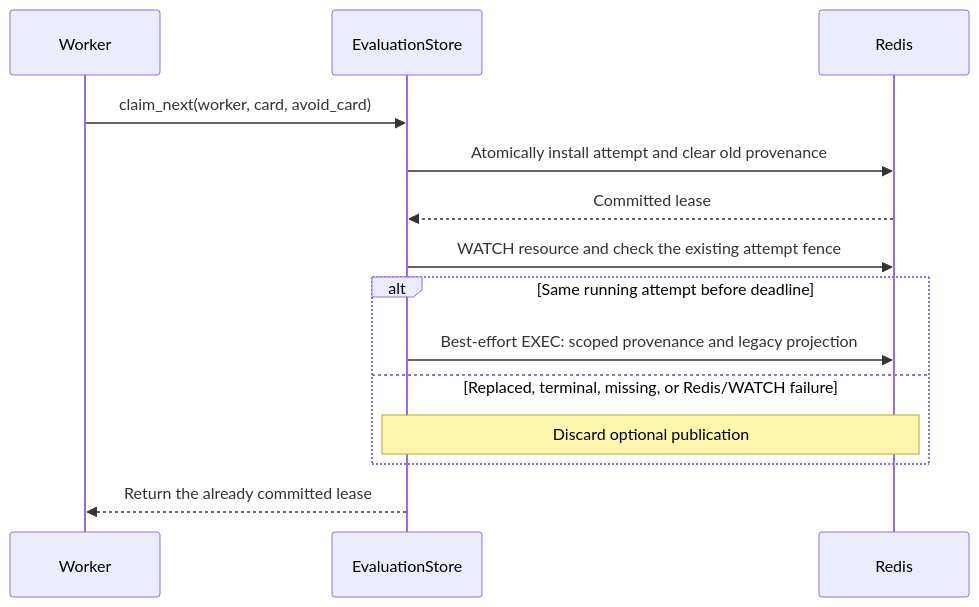
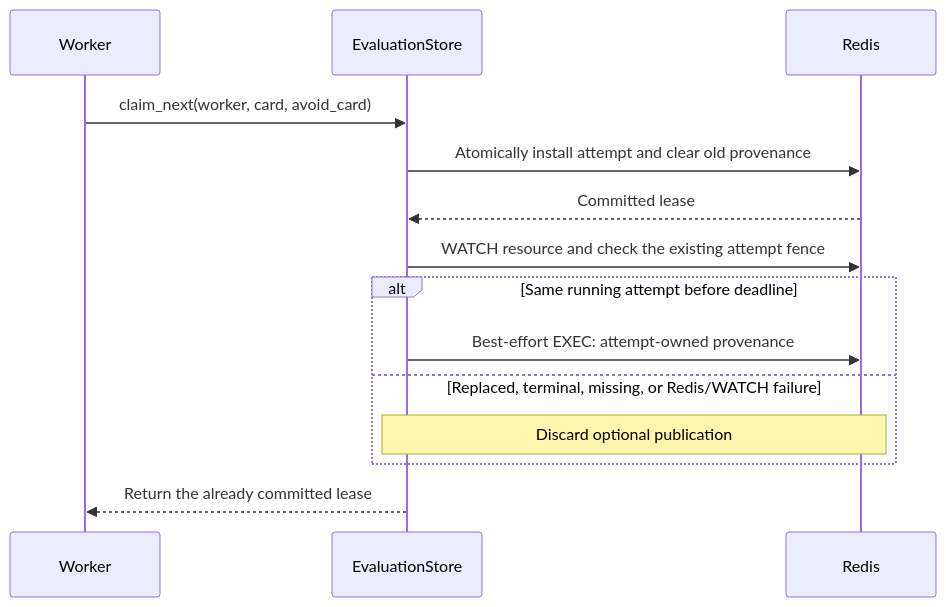
One commit to CARI-DAAL/triton-op-evaluation changed the diagram in docs/architecture/attempt-card-provenance.md. Above: the diagram before and after it, drawn with Mermaid. The commit also changed other lines of this file and 152 other files, not shown here.

````diff
--- a/docs/architecture/attempt-card-provenance.md
+++ b/docs/architecture/attempt-card-provenance.md
@@ -14,16 +14,16 @@
 ```mermaid
 sequenceDiagram
     participant W as Worker
     participant S as EvaluationStore
     participant R as Redis
     W->>S: claim_next(worker, card, avoid_card)
     S->>R: Atomically install attempt and clear old provenance
     R-->>S: Committed lease
     S->>R: WATCH resource and check the existing attempt fence
     alt Same running attempt before deadline
-        S->>R: Best-effort EXEC: scoped provenance and legacy projection
+        S->>R: Best-effort EXEC: attempt-owned provenance
     else Replaced, terminal, missing, or Redis/WATCH failure
         Note over S,R: Discard optional publication
     end
     S-->>W: Return the already committed lease
 ```
````
